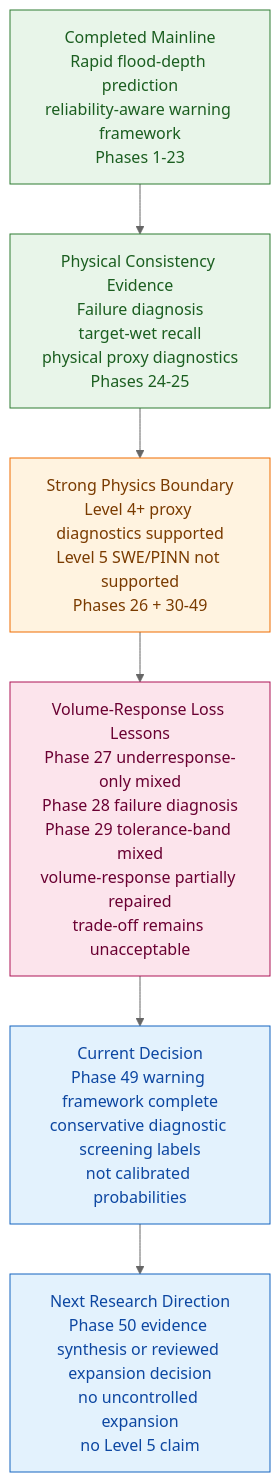
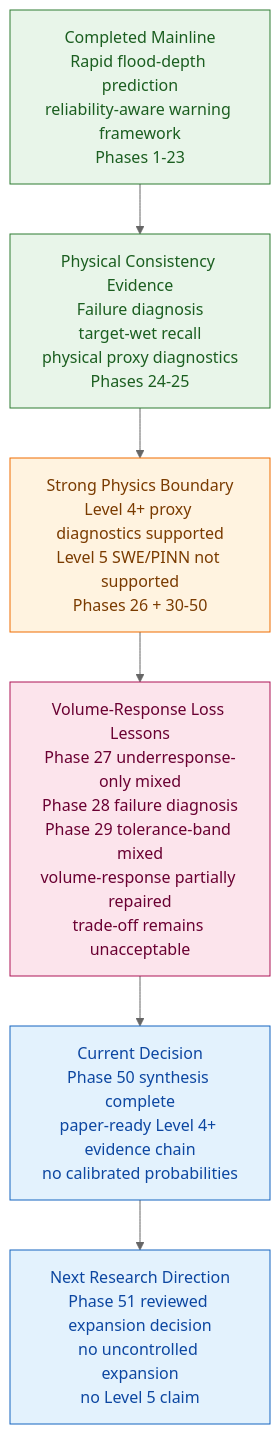
The third of 3 diagrams in README.md (HolyLin990604/physics-guided-urban-flood-prediction), drawn with Mermaid (neutral theme) before and after one commit. The commit also changed other lines of this file and 2 other files, not shown here.

Commit message:
docs: sync phase50 framework consolidation status

````diff
--- a/README.md
+++ b/README.md
@@ -496,16 +498,16 @@
 ```mermaid
 flowchart TD
     A["Completed Mainline<br/>Rapid flood-depth prediction<br/>reliability-aware warning framework<br/>Phases 1-23"]:::completed
     B["Physical Consistency Evidence<br/>Failure diagnosis<br/>target-wet recall<br/>physical proxy diagnostics<br/>Phases 24-25"]:::completed
-    C["Strong Physics Boundary<br/>Level 4+ proxy diagnostics supported<br/>Level 5 SWE/PINN not supported<br/>Phases 26 + 30-49"]:::boundary
+    C["Strong Physics Boundary<br/>Level 4+ proxy diagnostics supported<br/>Level 5 SWE/PINN not supported<br/>Phases 26 + 30-50"]:::boundary
     D["Volume-Response Loss Lessons<br/>Phase 27 underresponse-only mixed<br/>Phase 28 failure diagnosis<br/>Phase 29 tolerance-band mixed<br/>volume-response partially repaired<br/>trade-off remains unacceptable"]:::diagnosis
-    E["Current Decision<br/>Phase 49 warning framework complete<br/>conservative diagnostic screening labels<br/>not calibrated probabilities"]:::current
-    F["Next Research Direction<br/>Phase 50 evidence synthesis or reviewed expansion decision<br/>no uncontrolled expansion<br/>no Level 5 claim"]:::current
+    E["Current Decision<br/>Phase 50 synthesis complete<br/>paper-ready Level 4+ evidence chain<br/>no calibrated probabilities"]:::current
+    F["Next Research Direction<br/>Phase 51 reviewed expansion decision<br/>no uncontrolled expansion<br/>no Level 5 claim"]:::current
 
     A --> B --> C --> D --> E --> F
 
     classDef completed fill:#e8f5e9,stroke:#2e7d32,color:#1b5e20
     classDef boundary fill:#fff3e0,stroke:#ef6c00,color:#7a3b00
     classDef diagnosis fill:#fce4ec,stroke:#ad1457,color:#6a0032
     classDef current fill:#e3f2fd,stroke:#1565c0,color:#0d47a1
 ```
````
